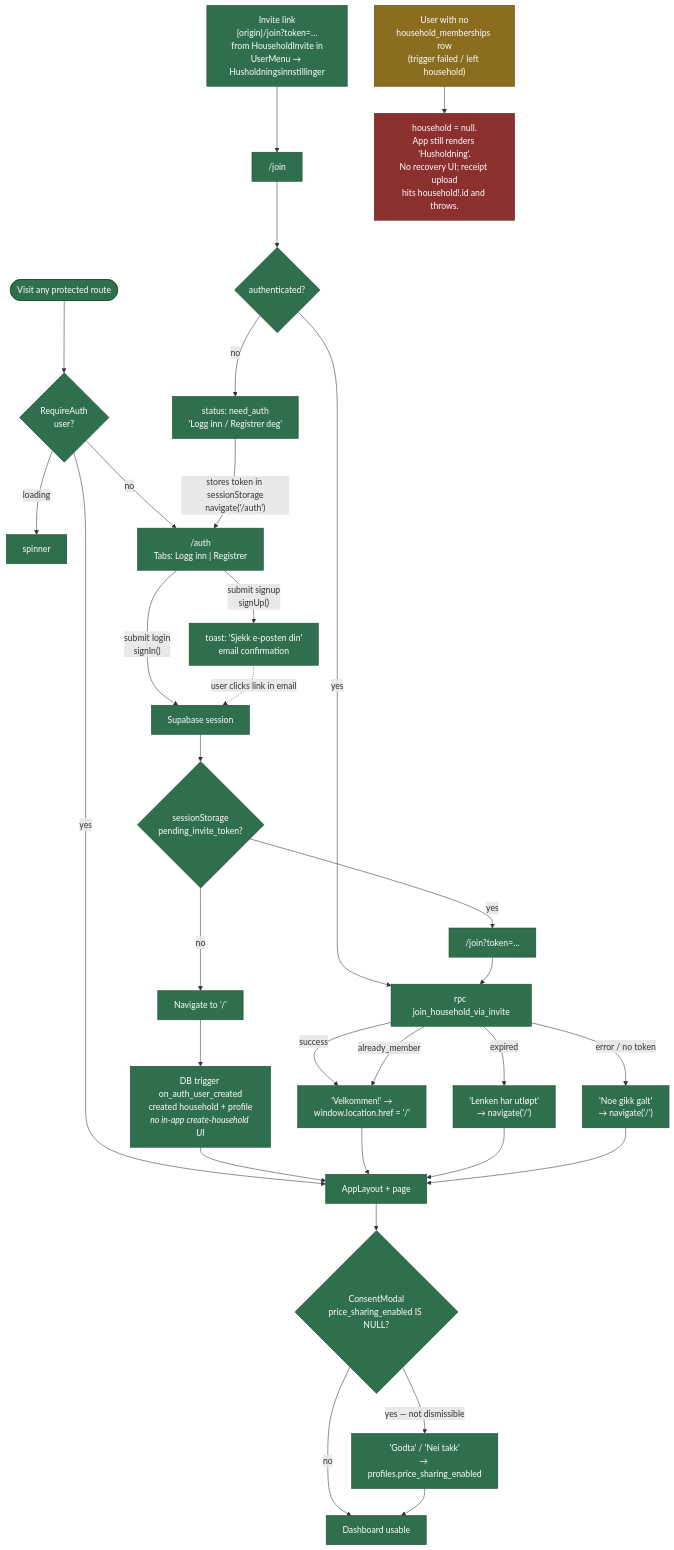
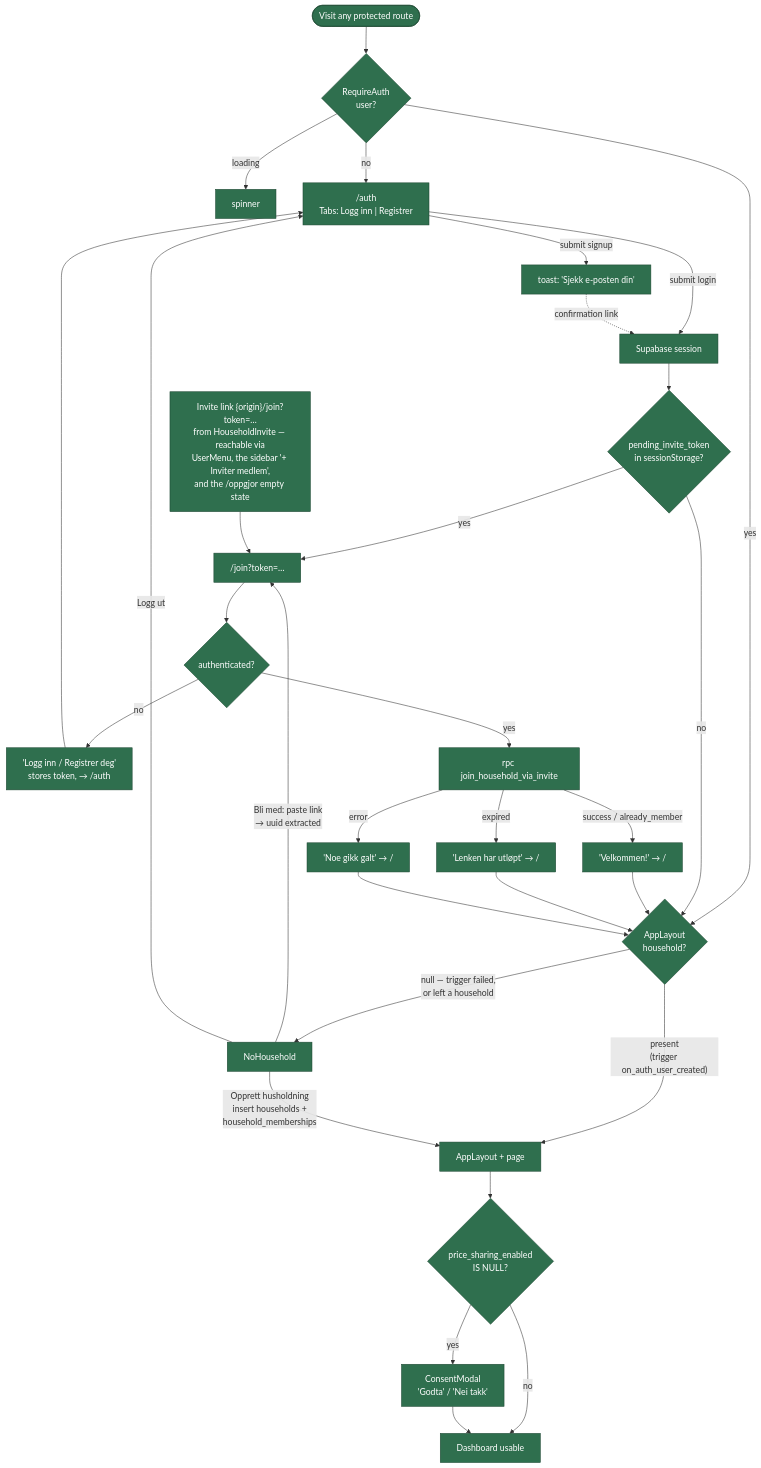
One commit to BalderYtterhus/budget-app changed the fourth of 8 diagrams in docs/user-flows.md. Above: the diagram before and after it, drawn with Mermaid. The commit also changed other lines of this file and 1 other file, not shown here.

First line of the commit message:
docs: regenerate the flow diagrams and log the session

````diff
--- a/docs/user-flows.md
+++ b/docs/user-flows.md
@@ -146,46 +134,42 @@
 ```mermaid
 flowchart TD
     classDef ok fill:#2f6f4e,stroke:#1d4732,color:#fff
-    classDef cond fill:#8a6d1f,stroke:#5c4813,color:#fff
-    classDef bad fill:#8c2f2f,stroke:#5c1f1f,color:#fff
 
     START(["Visit any protected route"]) --> RA{"RequireAuth<br/>user?"}
     RA -->|"loading"| SPIN["spinner"]
     RA -->|"no"| AUTH["/auth<br/>Tabs: Logg inn | Registrer"]
-    RA -->|"yes"| APP["AppLayout + page"]
+    RA -->|"yes"| HH{"AppLayout<br/>household?"}
 
-    AUTH -->|"submit login<br/>signIn()"| SESS["Supabase session"]
-    AUTH -->|"submit signup<br/>signUp()"| MAIL["toast: 'Sjekk e-posten din'<br/>email confirmation"]
-    MAIL -.->|"user clicks link in email"| SESS
-    SESS --> PEND{"sessionStorage<br/>pending_invite_token?"}
-    PEND -->|"yes"| JOINT["/join?token=…"]
-    PEND -->|"no"| HOME["Navigate to '/'"]
+    AUTH -->|"submit login"| SESS["Supabase session"]
+    AUTH -->|"submit signup"| MAIL["toast: 'Sjekk e-posten din'"]
+    MAIL -.->|"confirmation link"| SESS
+    SESS --> PEND{"pending_invite_token<br/>in sessionStorage?"}
+    PEND -->|"yes"| JOINP["/join?token=…"]
+    PEND -->|"no"| HH
 
-    HOME --> TRIG["DB trigger on_auth_user_created<br/>created household + profile<br/><i>no in-app create-household UI</i>"]
-    TRIG --> APP
-    APP --> CONSENT{"ConsentModal<br/>price_sharing_enabled IS NULL?"}
-    CONSENT -->|"yes — not dismissible"| CHOICE["'Godta' / 'Nei takk'<br/>→ profiles.price_sharing_enabled"]
+    HH -->|"present<br/>(trigger on_auth_user_created)"| APP["AppLayout + page"]
+    HH -->|"null — trigger failed,<br/>or left a household"| NOHH["NoHousehold"]
+
+    NOHH -->|"Opprett husholdning<br/>insert households +<br/>household_memberships"| APP
+    NOHH -->|"Bli med: paste link<br/>→ uuid extracted"| JOINP
+    NOHH -->|"Logg ut"| AUTH
+
+    APP --> CONSENT{"price_sharing_enabled<br/>IS NULL?"}
+    CONSENT -->|"yes"| CHOICE["ConsentModal<br/>'Godta' / 'Nei takk'"]
     CONSENT -->|"no"| DASH["Dashboard usable"]
     CHOICE --> DASH
 
-    INVITE["Invite link<br/>{origin}/join?token=…<br/>from HouseholdInvite in<br/>UserMenu → Husholdningsinnstillinger"] --> JOINP["/join"]
+    INVITE["Invite link {origin}/join?token=…<br/>from HouseholdInvite — reachable via<br/>UserMenu, the sidebar '+ Inviter medlem',<br/>and the /oppgjor empty state"] --> JOINP
     JOINP --> AUTHED{"authenticated?"}
-    AUTHED -->|"no"| NEEDAUTH["status: need_auth<br/>'Logg inn / Registrer deg'"]
-    NEEDAUTH -->|"stores token in sessionStorage<br/>navigate('/auth')"| AUTH
+    AUTHED -->|"no"| NEEDAUTH["'Logg inn / Registrer deg'<br/>stores token, → /auth"]
+    NEEDAUTH --> AUTH
     AUTHED -->|"yes"| RPC["rpc join_household_via_invite"]
-    RPC -->|"success"| OK["'Velkommen!' →<br/>window.location.href = '/'"]
-    RPC -->|"already_member"| OK
-    RPC -->|"expired"| EXP["'Lenken har utløpt'<br/>→ navigate('/')"]
-    RPC -->|"error / no token"| ERR["'Noe gikk galt'<br/>→ navigate('/')"]
-    OK --> APP
-    EXP --> APP
-    ERR --> APP
+    RPC -->|"success / already_member"| OK["'Velkommen!' → /"]
+    RPC -->|"expired"| EXPD["'Lenken har utløpt' → /"]
+    RPC -->|"error"| ERR["'Noe gikk galt' → /"]
+    OK --> HH
+    EXPD --> HH
+    ERR --> HH
 
-    JOINT --> RPC
-
-    NOHH["User with no<br/>household_memberships row<br/>(trigger failed / left household)"] --> BROKEN["household = null.<br/>App still renders 'Husholdning'.<br/>No recovery UI; receipt upload<br/>hits household!.id and throws."]
-
-    class START,RA,AUTH,SESS,MAIL,PEND,JOINT,HOME,TRIG,APP,CONSENT,CHOICE,DASH,INVITE,JOINP,AUTHED,NEEDAUTH,RPC,OK,EXP,ERR,SPIN ok
-    class NOHH cond
-    class BROKEN bad
+    class START,RA,AUTH,SESS,MAIL,PEND,JOINP,HH,APP,NOHH,CONSENT,CHOICE,DASH,INVITE,AUTHED,NEEDAUTH,RPC,OK,EXPD,ERR,SPIN ok
 ```
````
